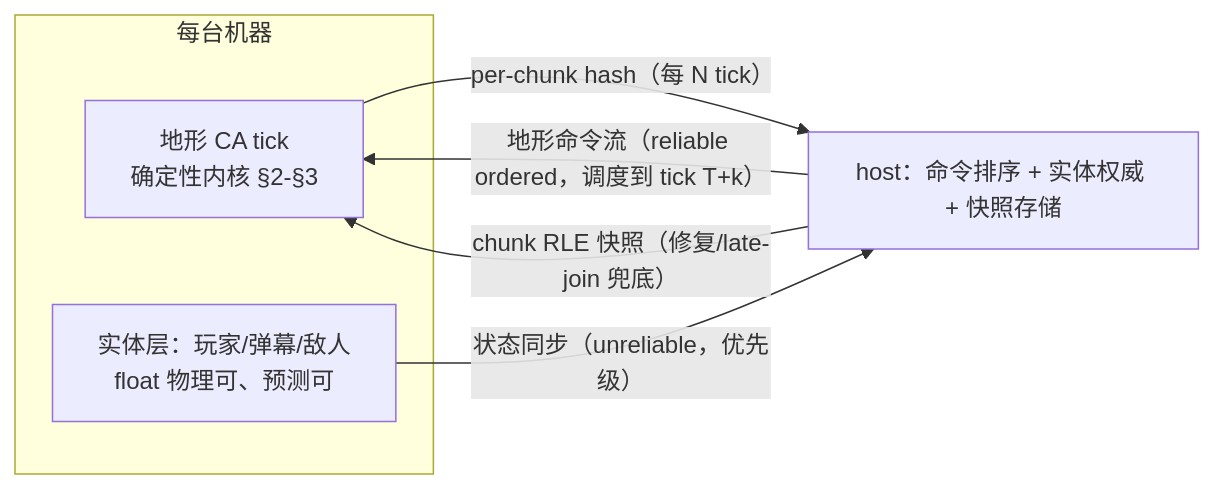
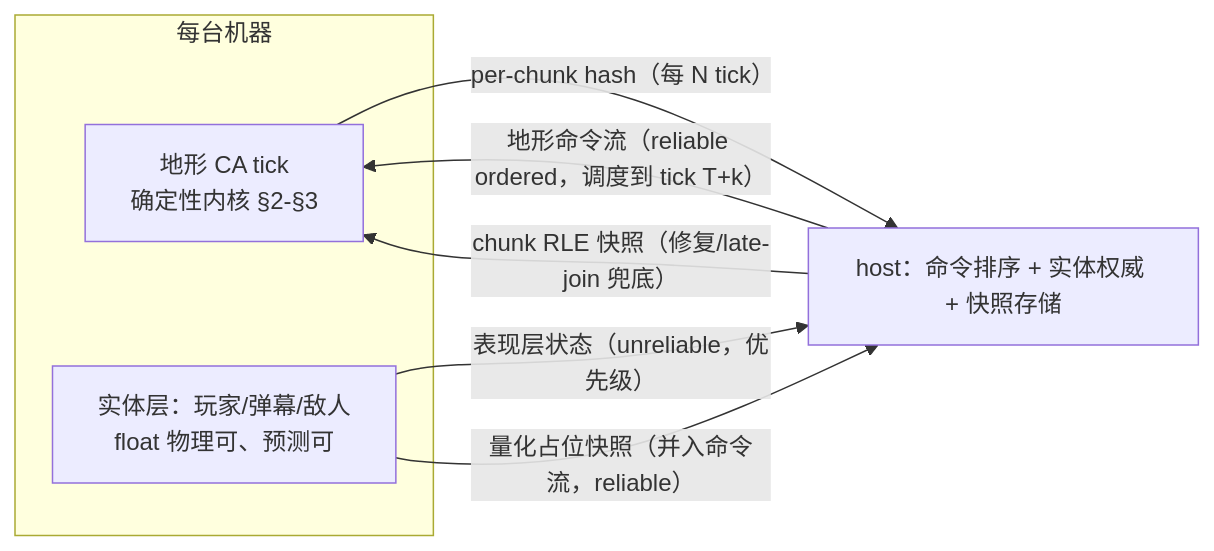
One commit to Renko6626/fallingTest changed the diagram in docs/proposals/2026-06-06-deterministic-parallel-and-netcode.md. Above: the diagram before and after it, drawn with Mermaid. The commit also changed other lines of this file and 7 other files, not shown here.

````diff
--- a/docs/proposals/2026-06-06-deterministic-parallel-and-netcode.md
+++ b/docs/proposals/2026-06-06-deterministic-parallel-and-netcode.md
@@ -126,12 +127,13 @@
 ```mermaid
 flowchart LR
     subgraph 每台机器
         TICK[地形 CA tick<br/>确定性内核 §2-§3] 
         ENT[实体层：玩家/弹幕/敌人<br/>float 物理可、预测可]
     end
     HOST[host：命令排序 + 实体权威 + 快照存储]
     TICK -- "per-chunk hash（每 N tick）" --> HOST
-    ENT -- "状态同步（unreliable，优先级）" --> HOST
+    ENT -- "表现层状态（unreliable，优先级）" --> HOST
+    ENT -- "量化占位快照（并入命令流，reliable）" --> HOST
     HOST -- "地形命令流（reliable ordered，调度到 tick T+k）" --> TICK
     HOST -- "chunk RLE 快照（修复/late-join 兜底）" --> TICK
 ```
````
